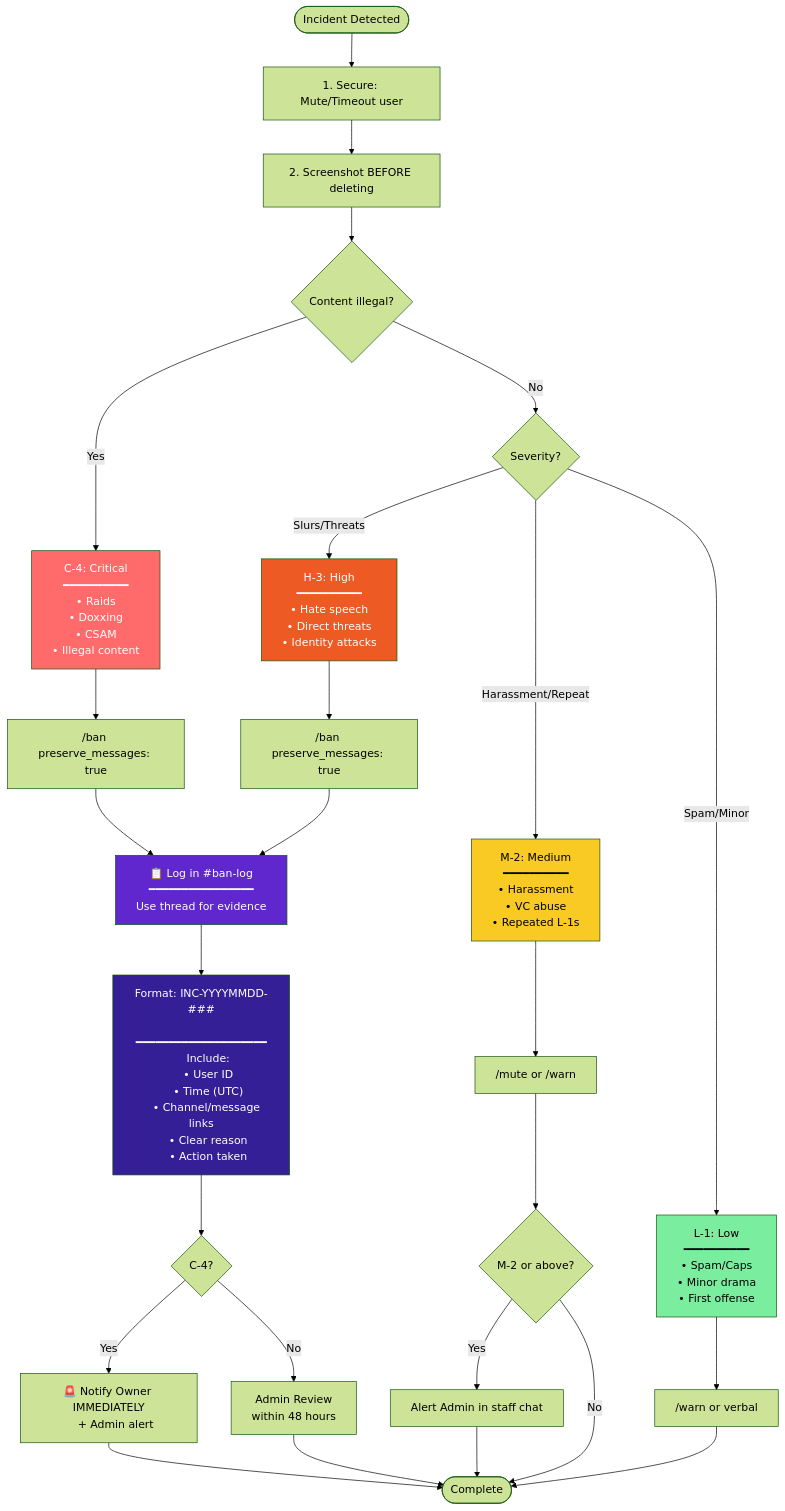
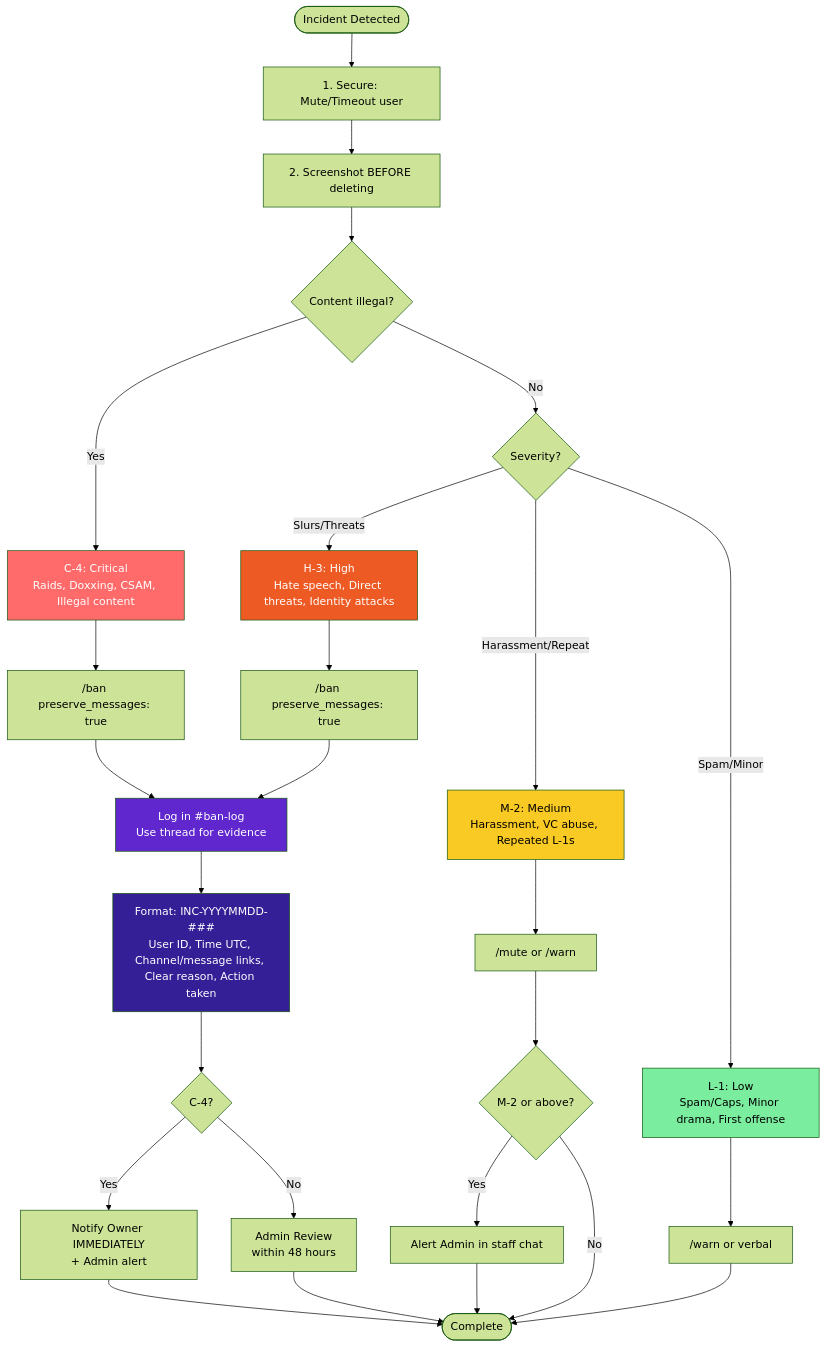
The diagram in docs/MOD-HANDBOOK.md (watchthelight/pawtropolis-tech), drawn with Mermaid (forest theme) before and after one commit.

Commit message:
docs(mod-handbook): fix mermaid render on GitHub
Decision-flow diagram had multi-line node labels with literal newlines
plus bullet/box-drawing characters inside [...] shapes. GitHub's mermaid
renderer (v9+) handles those poorly and bailed out with
"Cannot read properties of undefined (reading 'render')".

Collapsed each label to a single line and used <br/> for line breaks
between the rank header and the bullet list. Stripped the heavy ━ box-
drawing rule and the inline emojis on log/notify nodes — the styled
fills and node shapes carry the visual hierarchy.

Reported by Justy in staff chat.

````diff
--- a/docs/MOD-HANDBOOK.md
+++ b/docs/MOD-HANDBOOK.md
@@ -359,73 +359,45 @@
 ```mermaid
 flowchart TD
     START([Incident Detected]) --> SECURE[1. Secure: Mute/Timeout user]
     SECURE --> SCREEN[2. Screenshot BEFORE deleting]
     SCREEN --> Q1{Content illegal?}
 
-    Q1 -->|Yes| C4["C-4: Critical
-    ━━━━━━━━━━
-    • Raids
-    • Doxxing
-    • CSAM
-    • Illegal content"]
+    Q1 -->|Yes| C4["C-4: Critical<br/>Raids, Doxxing, CSAM, Illegal content"]
     Q1 -->|No| Q2{Severity?}
 
-    Q2 -->|Slurs/Threats| H3["H-3: High
-    ━━━━━━━━━━
-    • Hate speech
-    • Direct threats
-    • Identity attacks"]
-    Q2 -->|Harassment/Repeat| M2["M-2: Medium
-    ━━━━━━━━━━
-    • Harassment
-    • VC abuse
-    • Repeated L-1s"]
-    Q2 -->|Spam/Minor| L1["L-1: Low
-    ━━━━━━━━━━
-    • Spam/Caps
-    • Minor drama
-    • First offense"]
+    Q2 -->|Slurs/Threats| H3["H-3: High<br/>Hate speech, Direct threats, Identity attacks"]
+    Q2 -->|Harassment/Repeat| M2["M-2: Medium<br/>Harassment, VC abuse, Repeated L-1s"]
+    Q2 -->|Spam/Minor| L1["L-1: Low<br/>Spam/Caps, Minor drama, First offense"]
 
     C4 --> BAN1["/ban preserve_messages: true"]
     H3 --> BAN2["/ban preserve_messages: true"]
     M2 --> MUTE["/mute or /warn"]
     L1 --> WARN["/warn or verbal"]
 
-    BAN1 --> LOG["📋 Log in #ban-log
-    ━━━━━━━━━━━━━━━━
-    Use thread for evidence"]
+    BAN1 --> LOG["Log in #ban-log<br/>Use thread for evidence"]
     BAN2 --> LOG
 
-    LOG --> FORMAT["Format: INC-YYYYMMDD-###
-    ━━━━━━━━━━━━━━━━━━━━
-    Include:
-    • User ID
-    • Time (UTC)
-    • Channel/message links
-    • Clear reason
-    • Action taken"]
+    LOG --> FORMAT["Format: INC-YYYYMMDD-###<br/>User ID, Time UTC, Channel/message links, Clear reason, Action taken"]
 
     FORMAT --> OWNER{C-4?}
 
-    OWNER -->|Yes| NOTIFY["🚨 Notify Owner IMMEDIATELY
-    + Admin alert"]
-    OWNER -->|No| REVIEW["Admin Review
-    within 48 hours"]
+    OWNER -->|Yes| NOTIFY["Notify Owner IMMEDIATELY<br/>+ Admin alert"]
+    OWNER -->|No| REVIEW["Admin Review<br/>within 48 hours"]
 
     MUTE --> ESCALATE{M-2 or above?}
     WARN --> DONE([Complete])
 
     ESCALATE -->|Yes| ADMIN[Alert Admin in staff chat]
     ESCALATE -->|No| DONE
 
     NOTIFY --> DONE
     REVIEW --> DONE
     ADMIN --> DONE
 
     style C4 fill:#ff6b6b,color:#fff
     style H3 fill:#ee5a24,color:#fff
     style M2 fill:#f9ca24,color:#000
     style L1 fill:#7bed9f,color:#000
     style LOG fill:#5f27cd,color:#fff
     style FORMAT fill:#341f97,color:#fff
 ```
````
